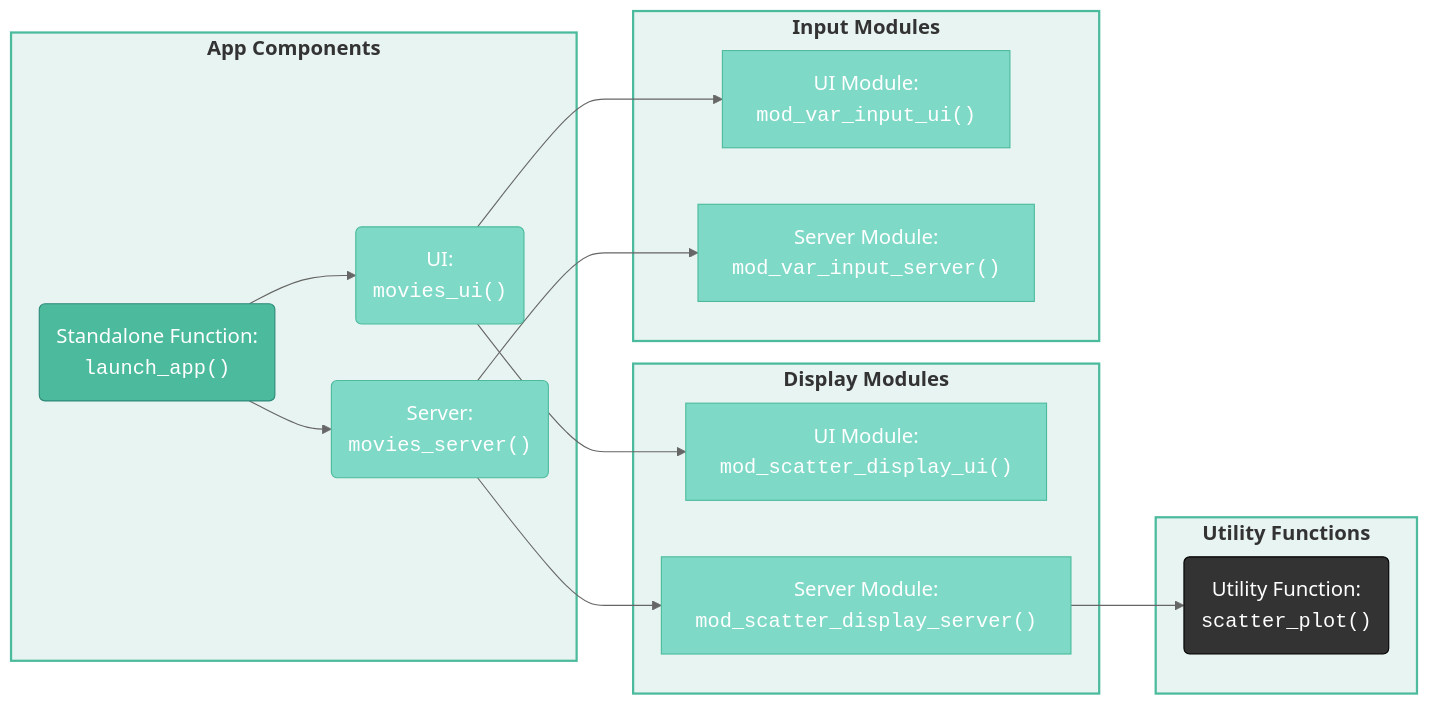
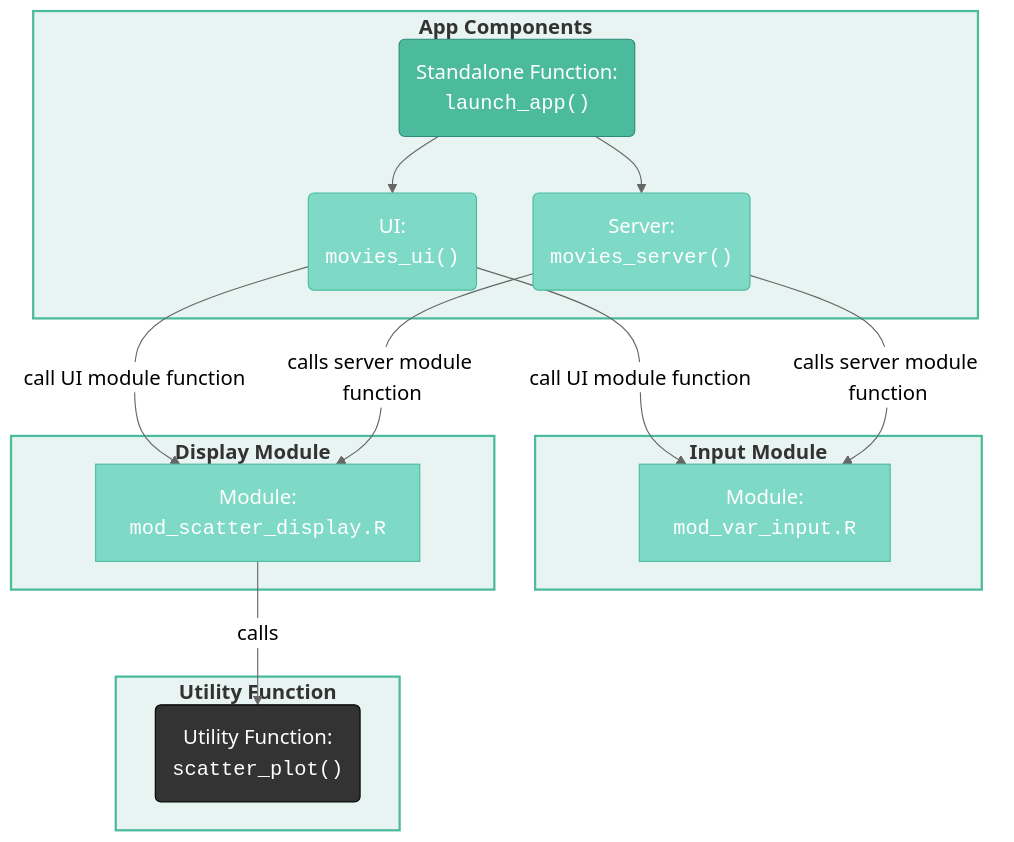
The fifth of 5 diagrams in document.qmd (mjfrigaard/shiny-app-pkgs), drawn with Mermaid before and after one commit. The commit also changed other lines of this file and 16 other files, not shown here.

````diff
--- a/document.qmd
+++ b/document.qmd
@@ -1064,47 +1140,44 @@
 ```{mermaid}
 %%| fig-cap: 'The updated `@family` tag'
 %%| fig-align: center
 %%{init: {'theme': 'neutral', 'themeVariables': { 'fontFamily': 'monospace', "fontSize":"18px"}}}%%
 
-flowchart LR
+flowchart TD
     subgraph AppCom["<strong>App Components</strong>"]
         launch_app("Standalone Function:<br><code>launch_app()</code>")
         UI("UI:<br><code>movies_ui()</code>")
         Server("Server:<br><code>movies_server()</code>")
     end
     
-    subgraph Graph["<strong>Display Modules</strong>"]
-        mod_scatter_display_ui["UI Module:<br><code>mod_scatter_display_ui()</code>"]
-        mod_scatter_display_server["Server Module:<br><code>mod_scatter_display_server()</code>"]
+    subgraph Vars["<strong>Input Module</strong>"]
+        mod_var_input["Module:<br><code>mod_var_input.R</code>"]
     end
     
-    subgraph Vars["<strong>Input Modules</strong>"]
-        mod_var_input_ui["UI Module:<br><code>mod_var_input_ui()</code>"]
-        mod_var_input_server["Server Module:<br><code>mod_var_input_server()</code>"]
+    subgraph Graph["<strong>Display Module</strong>"]
+        mod_scatter_display["Module:<br><code>mod_scatter_display.R</code>"]
     end
 
-    subgraph Utils["<strong>Utility Functions</strong>"]
+    subgraph Utils["<strong>Utility Function</strong>"]
         scatter_plot("Utility Function:<br><code>scatter_plot()</code>")
     end
 
     launch_app --> UI
     launch_app --> Server
-    UI --> mod_var_input_ui
-    UI --> mod_scatter_display_ui
-    Server --> mod_var_input_server
-    Server --> mod_scatter_display_server --> scatter_plot
+    UI --"call UI module function"--> mod_var_input
+    UI --"call UI module function"--> mod_scatter_display
+    Server --"calls server module function"--> mod_var_input
+    Server --"calls server module function"--> mod_scatter_display
+    mod_scatter_display --"calls"--> scatter_plot
 
     style AppCom fill:#e8f4f1,stroke:#4CBB9D,stroke-width:2px
     style Vars fill:#e8f4f1,stroke:#4CBB9D,stroke-width:2px
     style Graph fill:#e8f4f1,stroke:#4CBB9D,stroke-width:2px
     style Utils fill:#e8f4f1,stroke:#4CBB9D,stroke-width:2px
     style launch_app fill:#4CBB9D,color:#fff,stroke:#2d8a7a,stroke-width:1px
     style UI fill:#7fd9c7,color:#fff,stroke:#4CBB9D,stroke-width:1px
     style Server fill:#7fd9c7,color:#fff,stroke:#4CBB9D,stroke-width:1px
-    style mod_var_input_ui fill:#7fd9c7,color:#fff,stroke:#4CBB9D,stroke-width:1px
-    style mod_var_input_server fill:#7fd9c7,color:#fff,stroke:#4CBB9D,stroke-width:1px
-    style mod_scatter_display_ui fill:#7fd9c7,color:#fff,stroke:#4CBB9D,stroke-width:1px
-    style mod_scatter_display_server fill:#7fd9c7,color:#fff,stroke:#4CBB9D,stroke-width:1px
+    style mod_var_input fill:#7fd9c7,color:#fff,stroke:#4CBB9D,stroke-width:1px
+    style mod_scatter_display fill:#7fd9c7,color:#fff,stroke:#4CBB9D,stroke-width:1px
     style scatter_plot fill:#333,color:#fff,stroke:#000,stroke-width:1px
     
 ```
````
